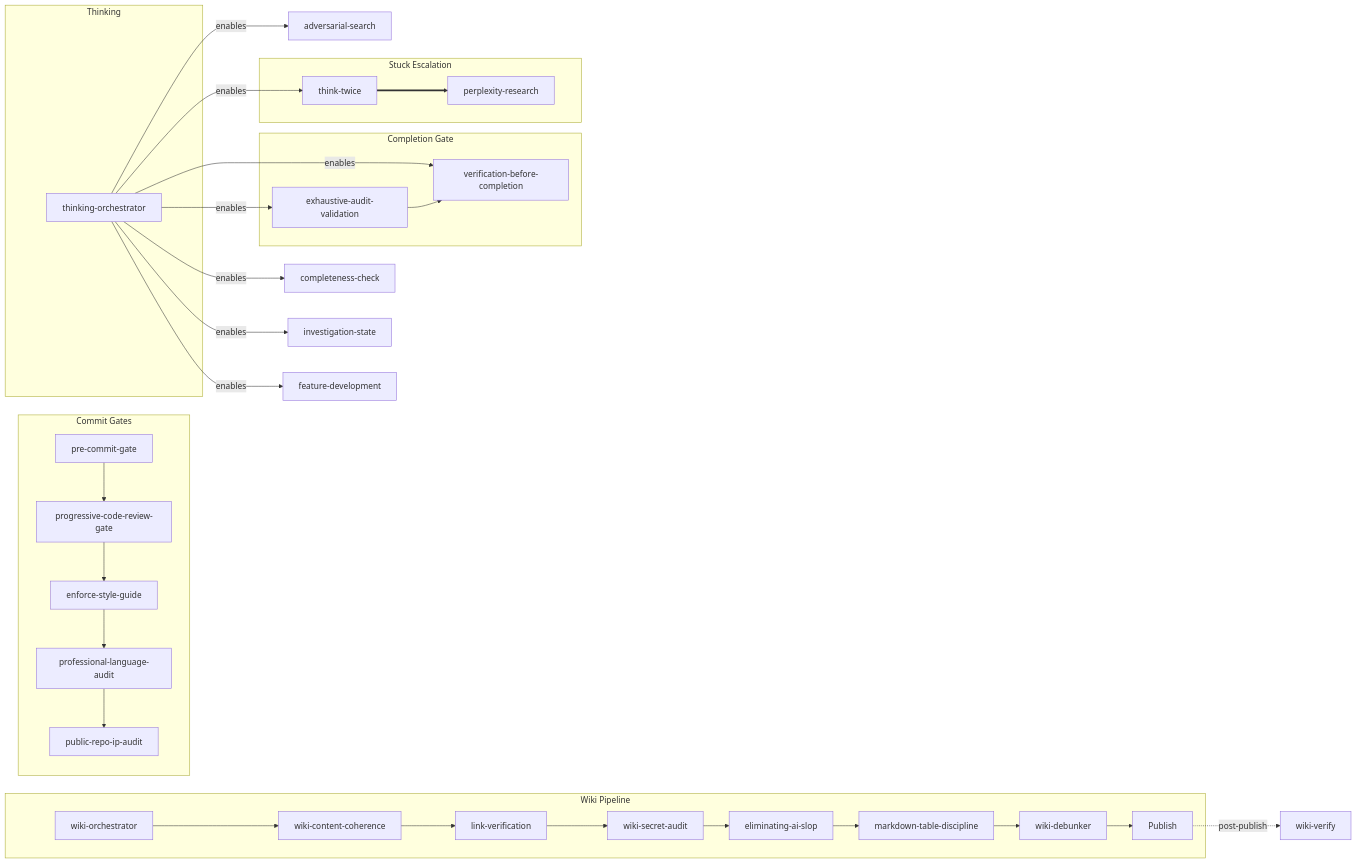
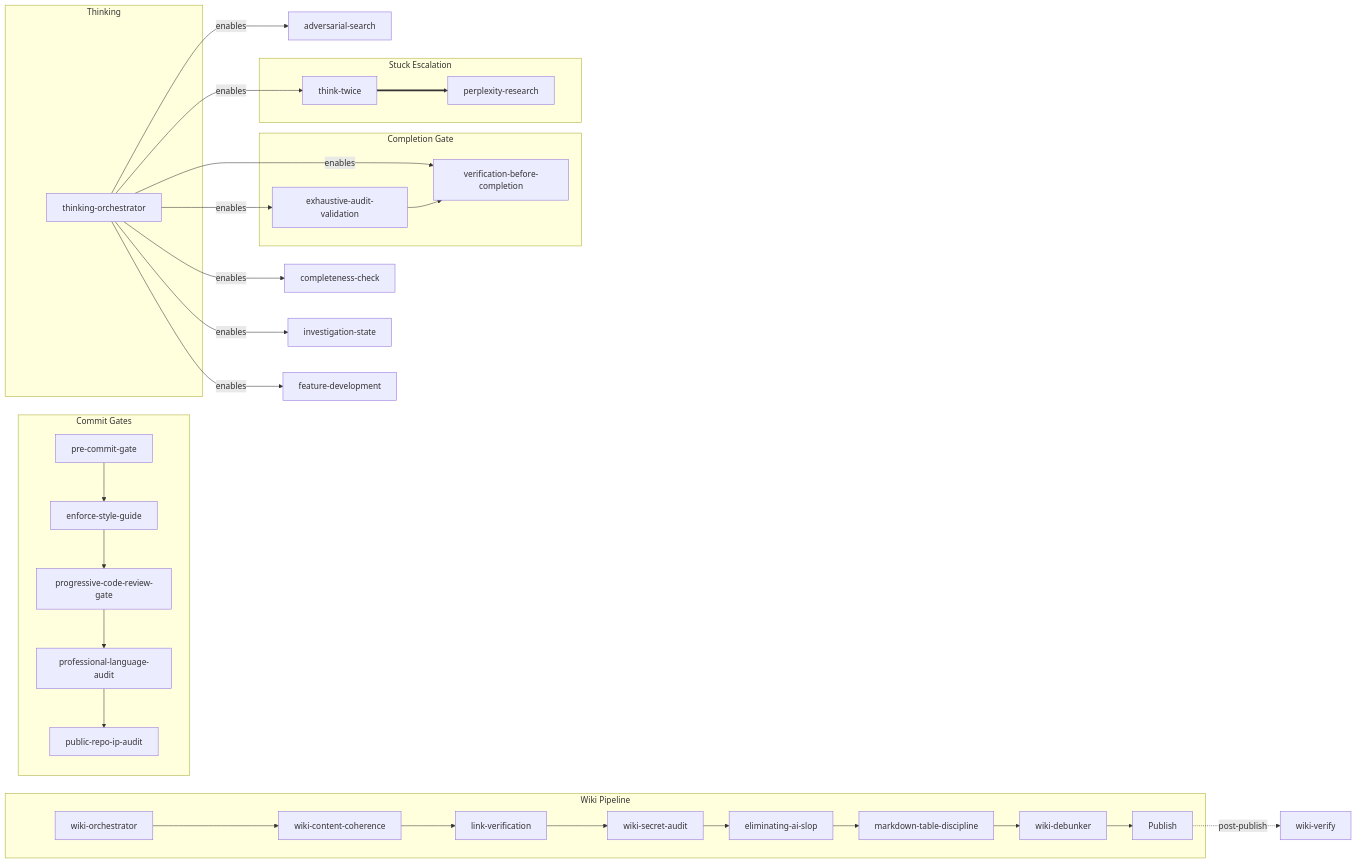
One commit to bordenet/superpowers-plus changed the diagram in README.md. Above: the diagram before and after it, drawn with Mermaid. The commit also changed other lines of this file and 9 other files, not shown here.

First line of the commit message:
fix: reorder commit gates — style before review

````diff
--- a/README.md
+++ b/README.md
@@ -203,41 +203,41 @@
 ```mermaid
 graph LR
   subgraph commit-gates["Commit Gates"]
-    pre_commit_gate["pre-commit-gate"] --> progressive_code_review_gate["progressive-code-review-gate"]
-    progressive_code_review_gate --> enforce_style_guide["enforce-style-guide"]
-    enforce_style_guide --> professional_language_audit["professional-language-audit"]
+    pre_commit_gate["pre-commit-gate"] --> enforce_style_guide["enforce-style-guide"]
+    enforce_style_guide --> progressive_code_review_gate["progressive-code-review-gate"]
+    progressive_code_review_gate --> professional_language_audit["professional-language-audit"]
     professional_language_audit --> public_repo_ip_audit["public-repo-ip-audit"]
   end
 
   subgraph completion-gate["Completion Gate"]
     exhaustive_audit_validation["exhaustive-audit-validation"] --> verification_before_completion["verification-before-completion"]
   end
 
   subgraph thinking["Thinking"]
     thinking_orchestrator["thinking-orchestrator"]
   end
 
   subgraph wiki-pipeline["Wiki Pipeline"]
     wiki_orchestrator["wiki-orchestrator"] --> wiki_content_coherence["wiki-content-coherence"]
     wiki_content_coherence --> link_verification["link-verification"]
     link_verification --> wiki_secret_audit["wiki-secret-audit"]
     wiki_secret_audit --> eliminating_ai_slop["eliminating-ai-slop"]
     eliminating_ai_slop --> markdown_table_discipline["markdown-table-discipline"]
     markdown_table_discipline --> wiki_debunker["wiki-debunker"]
     wiki_debunker --> publish["Publish"]
   end
 
   publish -.->|post-publish| wiki_verify["wiki-verify"]
 
   subgraph stuck-escalation["Stuck Escalation"]
     think_twice["think-twice"] ==> perplexity_research["perplexity-research"]
   end
 
   thinking_orchestrator -->|enables| adversarial_search["adversarial-search"]
   thinking_orchestrator -->|enables| think_twice
   thinking_orchestrator -->|enables| verification_before_completion
   thinking_orchestrator -->|enables| exhaustive_audit_validation
   thinking_orchestrator -->|enables| completeness_check["completeness-check"]
   thinking_orchestrator -->|enables| investigation_state["investigation-state"]
   thinking_orchestrator -->|enables| feature_development["feature-development"]
 ```
````
